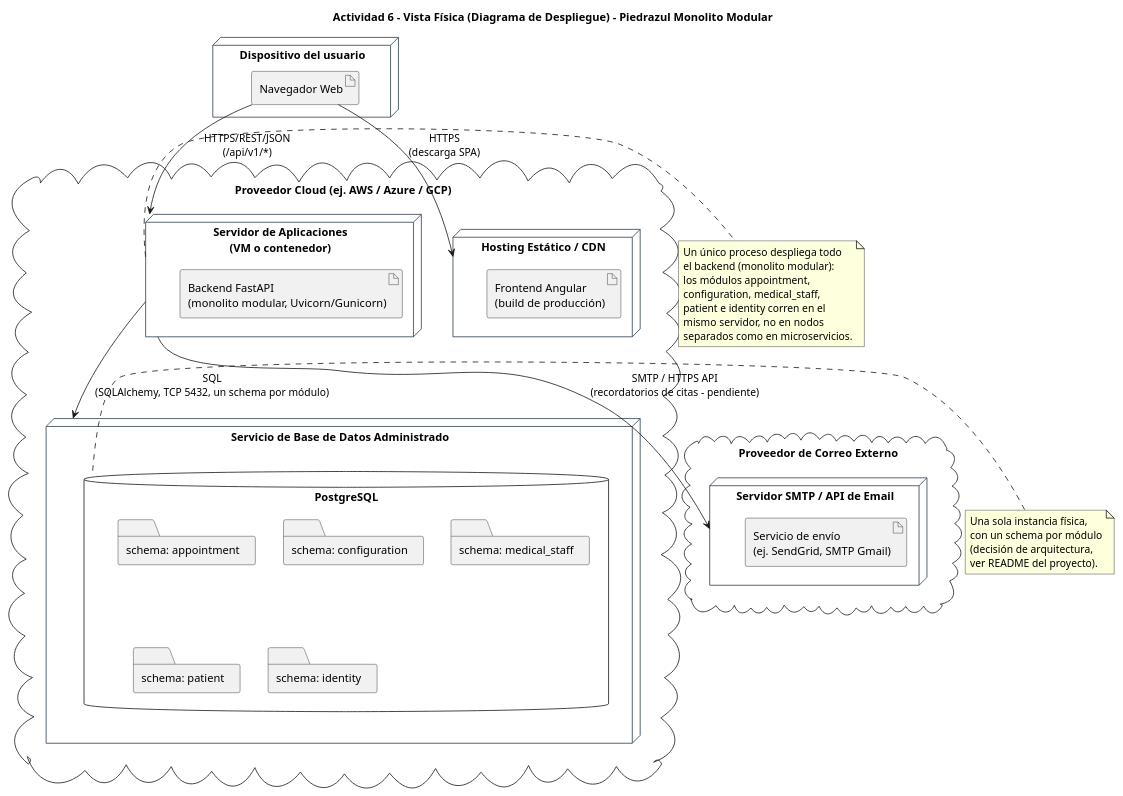
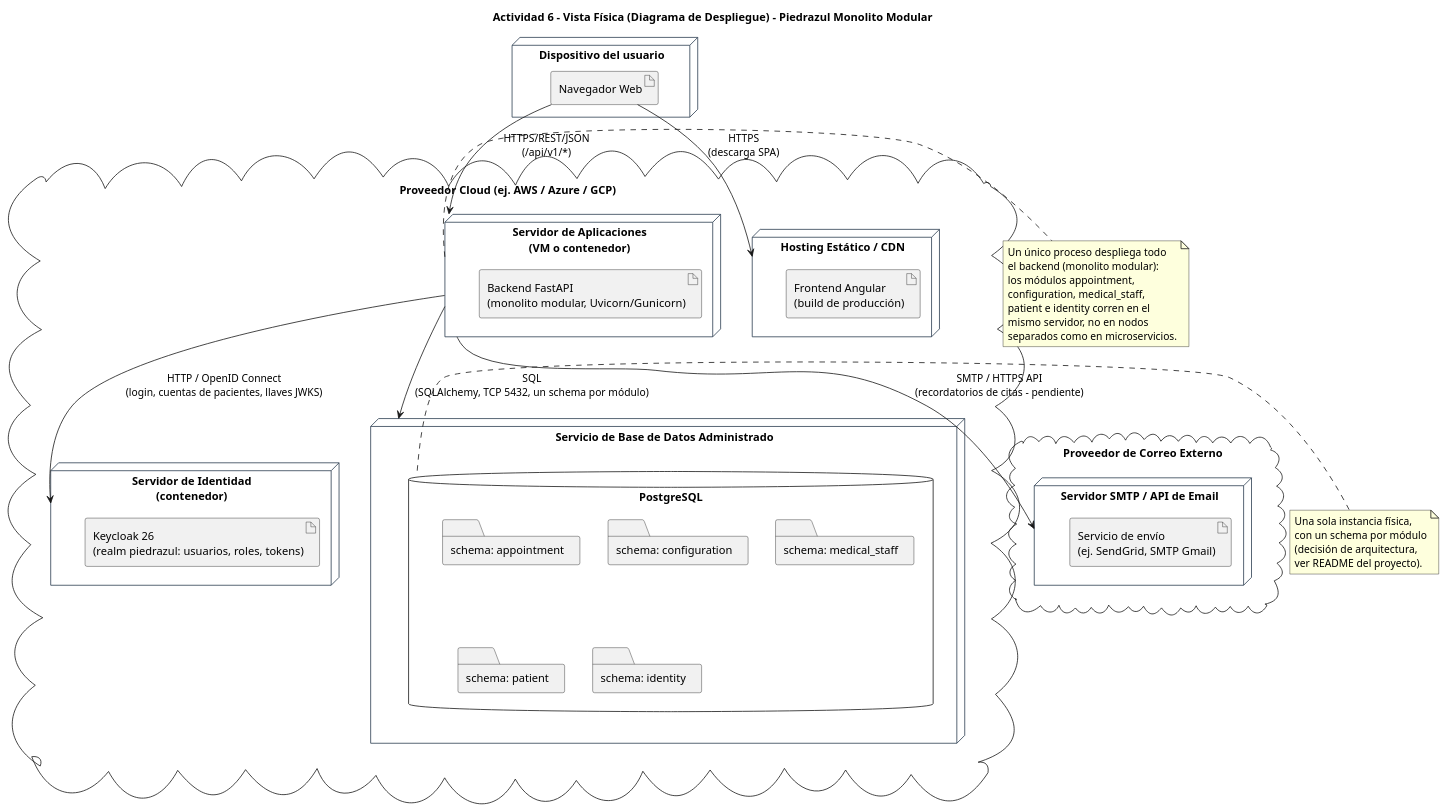
One commit to SantiagoGutierrez11/piedrazul-monolitic changed the diagram in docs/architecture/06-vista-fisica-despliegue.puml. Above: the diagram before and after it, drawn with PlantUML. The commit also changed 8 other files, not shown here.

Commit message:
Update architecture diagrams for authentication and scheduling

```diff
--- a/docs/architecture/06-vista-fisica-despliegue.puml
+++ b/docs/architecture/06-vista-fisica-despliegue.puml
@@ -1,62 +1,67 @@
 @startuml
 title Actividad 6 - Vista Física (Diagrama de Despliegue) - Piedrazul Monolito Modular
 
 skinparam node {
     BackgroundColor White
     BorderColor #2C3E50
 }
 
 node "Dispositivo del usuario" {
     artifact "Navegador Web" as browser
 }
 
 cloud "Proveedor Cloud (ej. AWS / Azure / GCP)" {
 
     node "Hosting Estático / CDN" as cdn {
         artifact "Frontend Angular\n(build de producción)" as frontend_artifact
     }
 
     node "Servidor de Aplicaciones\n(VM o contenedor)" as app_server {
         artifact "Backend FastAPI\n(monolito modular, Uvicorn/Gunicorn)" as backend_artifact
     }
 
+    node "Servidor de Identidad\n(contenedor)" as idp_server {
+        artifact "Keycloak 26\n(realm piedrazul: usuarios, roles, tokens)" as keycloak_artifact
+    }
+
     node "Servicio de Base de Datos Administrado" as db_server {
         database "PostgreSQL" as postgres {
             folder "schema: appointment"
             folder "schema: configuration"
             folder "schema: medical_staff"
             folder "schema: patient"
             folder "schema: identity"
         }
     }
 }
 
 cloud "Proveedor de Correo Externo" {
     node "Servidor SMTP / API de Email" as mail_server {
         artifact "Servicio de envío\n(ej. SendGrid, SMTP Gmail)" as mail_artifact
     }
 }
 
 browser --> cdn : HTTPS\n(descarga SPA)
 browser --> app_server : HTTPS/REST/JSON\n(/api/v1/*)
 app_server --> db_server : SQL\n(SQLAlchemy, TCP 5432, un schema por módulo)
+app_server --> idp_server : HTTP / OpenID Connect\n(login, cuentas de pacientes, llaves JWKS)
 app_server --> mail_server : SMTP / HTTPS API\n(recordatorios de citas - pendiente)
 
 note right of app_server
   Un único proceso despliega todo
   el backend (monolito modular):
   los módulos appointment,
   configuration, medical_staff,
   patient e identity corren en el
   mismo servidor, no en nodos
   separados como en microservicios.
 end note
 
 note right of postgres
   Una sola instancia física,
   con un schema por módulo
   (decisión de arquitectura,
   ver README del proyecto).
 end note
 
 @enduml
```
